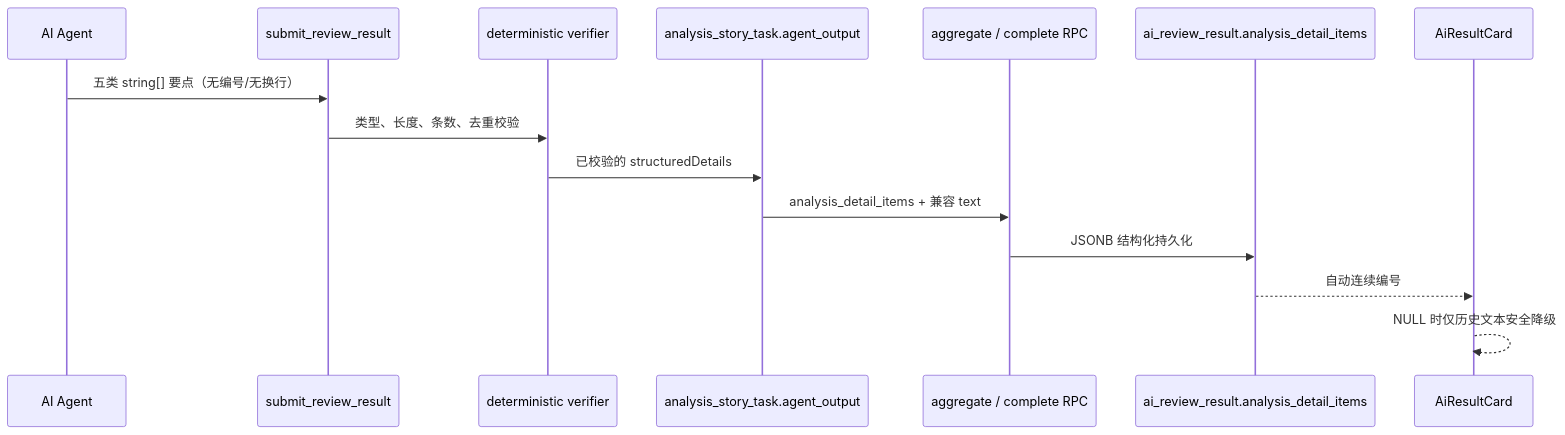
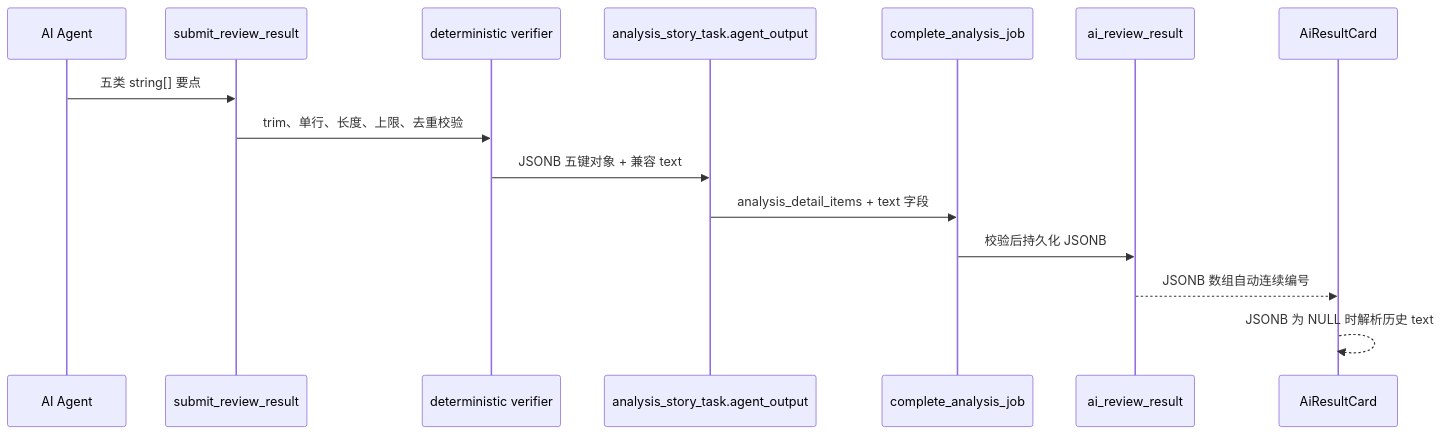
One commit to xyx1028/codeReviewPlatform changed the diagram in 需求开发评审一致性平台/V1.37-AI分析详情结构化要点/需求开发评审一致性平台-V1.37AI分析详情结构化要点-最终执行方案.md. Above: the diagram before and after it, drawn with Mermaid. The commit also changed other lines of this file and 74 other files, not shown here.

````diff
--- a/需求开发评审一致性平台/V1.37-AI分析详情结构化要点/需求开发评审一致性平台-V1.37AI分析详情结构化要点-最终执行方案.md
+++ b/需求开发评审一致性平台/V1.37-AI分析详情结构化要点/需求开发评审一致性平台-V1.37AI分析详情结构化要点-最终执行方案.md
@@ -30,18 +18,18 @@
 ```mermaid
 sequenceDiagram
   participant A as AI Agent
   participant H as submit_review_result
   participant V as deterministic verifier
   participant T as analysis_story_task.agent_output
-  participant F as aggregate / complete RPC
-  participant DB as ai_review_result.analysis_detail_items
+  participant F as complete_analysis_job
+  participant DB as ai_review_result
   participant UI as AiResultCard
 
-  A->>H: 五类 string[] 要点（无编号/无换行）
-  H->>V: 类型、长度、条数、去重校验
-  V->>T: 已校验的 structuredDetails
-  T->>F: analysis_detail_items + 兼容 text
-  F->>DB: JSONB 结构化持久化
-  DB-->>UI: 自动连续编号
-  UI-->>UI: NULL 时仅历史文本安全降级
+  A->>H: 五类 string[] 要点
+  H->>V: trim、单行、长度、上限、去重校验
+  V->>T: JSONB 五键对象 + 兼容 text
+  T->>F: analysis_detail_items + text 字段
+  F->>DB: 校验后持久化 JSONB
+  DB-->>UI: JSONB 数组自动连续编号
+  UI-->>UI: JSONB 为 NULL 时解析历史 text
 ```
````
